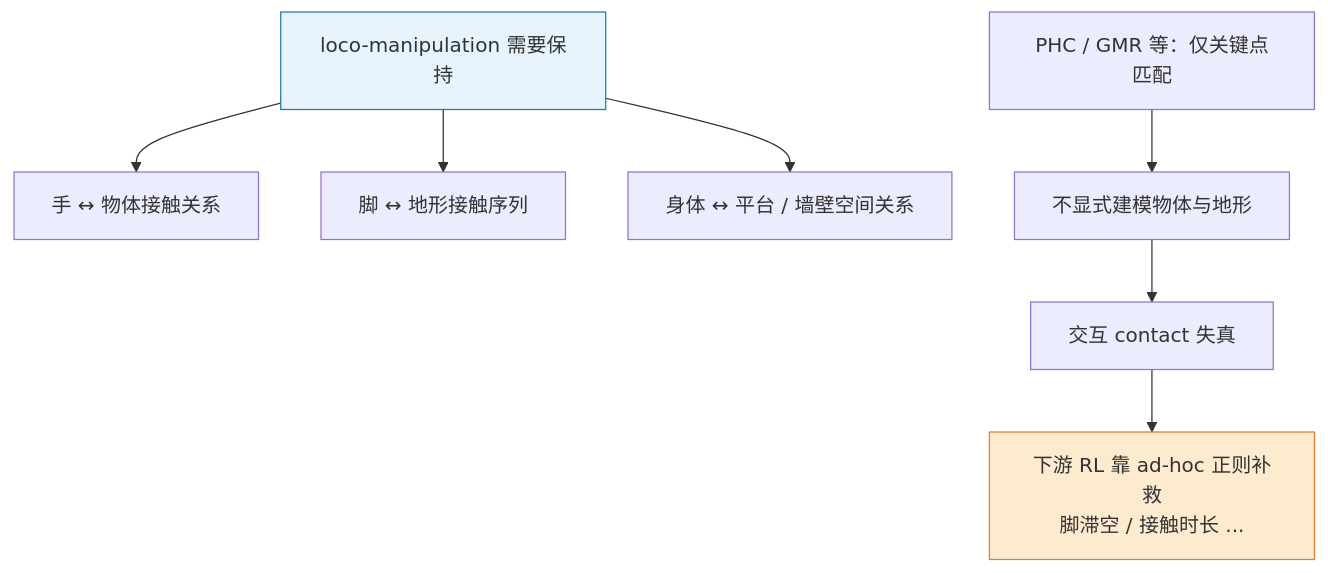
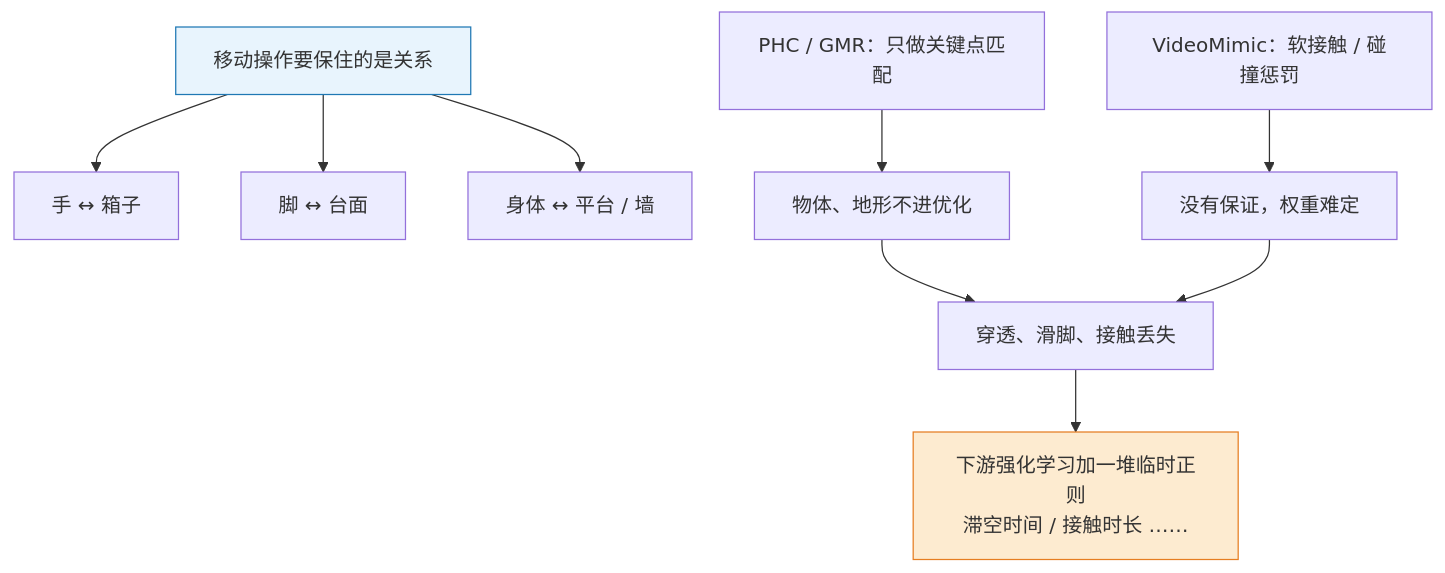
One commit to ImChong/Robot_Learning_Paper_Notebooks changed the first of 6 diagrams in papers/02_Motion_Retargeting/OmniRetarget__Interaction-Preserving_Data_Generation_for_Humanoid_Whole-Body_Loc/OmniRetarget__Interaction-Preserving_Data_Generation_for_Humanoid_Whole-Body_Loc.md. Above: the diagram before and after it, drawn with Mermaid. The commit also changed other lines of this file, not shown here.

```diff
--- a/papers/02_Motion_Retargeting/OmniRetarget__Interaction-Preserving_Data_Generation_for_Humanoid_Whole-Body_Loc/OmniRetarget__Interaction-Preserving_Data_Generation_for_Humanoid_Whole-Body_Loc.md
+++ b/papers/02_Motion_Retargeting/OmniRetarget__Interaction-Preserving_Data_Generation_for_Humanoid_Whole-Body_Loc/OmniRetarget__Interaction-Preserving_Data_Generation_for_Humanoid_Whole-Body_Loc.md
@@ -85,13 +89,15 @@
 <div class="mermaid">
 flowchart TB
-    NEED["loco-manipulation 需要保持"] --> I1["手 ↔ 物体接触关系"]
-    NEED --> I2["脚 ↔ 地形接触序列"]
-    NEED --> I3["身体 ↔ 平台 / 墙壁空间关系"]
+    NEED["移动操作要保住的是关系"] --> I1["手 ↔ 箱子"]
+    NEED --> I2["脚 ↔ 台面"]
+    NEED --> I3["身体 ↔ 平台 / 墙"]
 
-    GAP["PHC / GMR 等：仅关键点匹配"] --> MISS["不显式建模物体与地形"]
-    MISS --> FAIL["交互 contact 失真"]
-    FAIL --> PATCH["下游 RL 靠 ad-hoc 正则补救<br/>脚滞空 / 接触时长 ..."]
+    GAP["PHC / GMR：只做关键点匹配"] --> MISS["物体、地形不进优化"]
+    SOFT["VideoMimic：软接触 / 碰撞惩罚"] --> NOG["没有保证，权重难定"]
+    MISS --> ART["穿透、滑脚、接触丢失"]
+    NOG --> ART
+    ART --> PATCH["下游强化学习加一堆临时正则<br/>滞空时间 / 接触时长 ……"]
 
     style NEED fill:#e8f4fd,stroke:#1f78b4
     style PATCH fill:#fdebd0,stroke:#e67e22
 </div>
```
